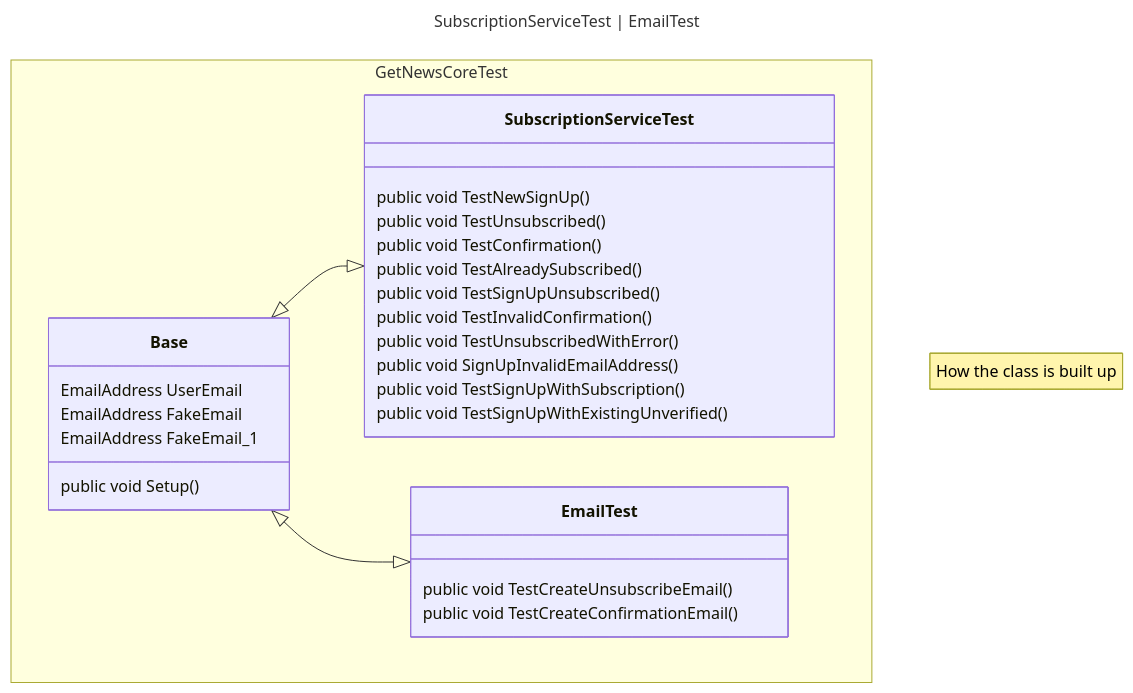
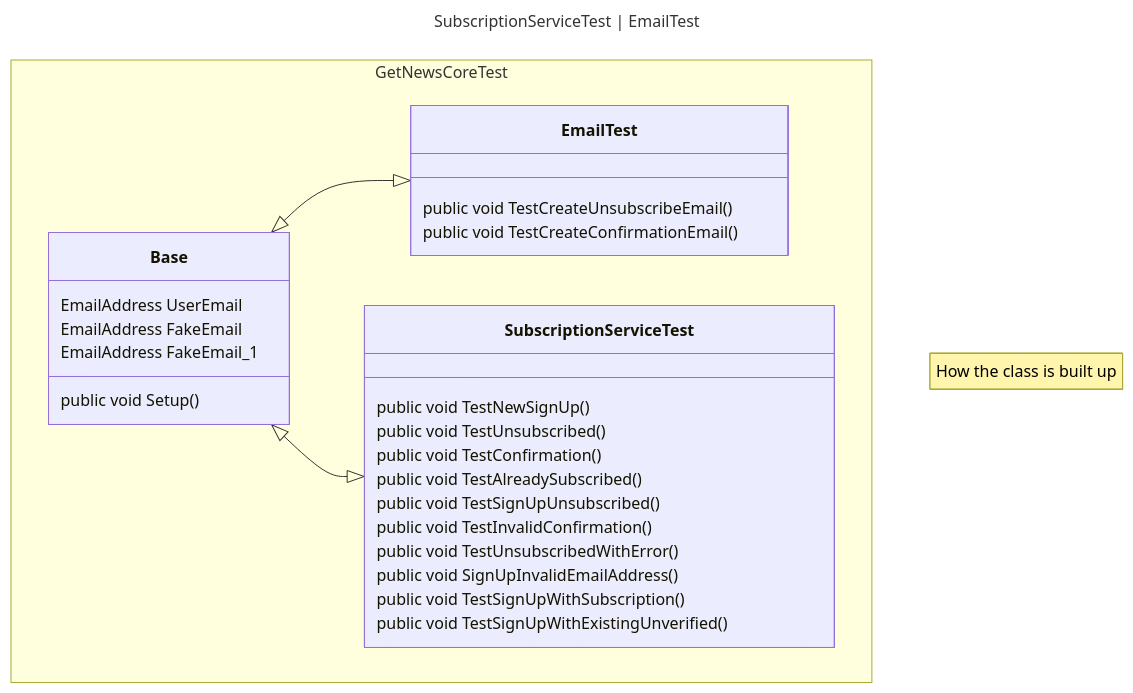
One commit to Emsaso/GetNews changed the first of 12 diagrams in model/TestModel.md. Above: the diagram before and after it, drawn with Mermaid.

````diff
--- a/model/TestModel.md
+++ b/model/TestModel.md
@@ -5,51 +5,49 @@
 ```mermaid
 ---
 title: SubscriptionServiceTest | EmailTest
 ---
 classDiagram
+    Base <|--|>  EmailTest
+    Base <|--|> SubscriptionServiceTest
+
     note "How the class is built up"
-    Base <|--|> SubscriptionServiceTest
-    Base <|--|>  EmailTest
     
     namespace GetNewsCoreTest{
 
         class Base {
             EmailAddress UserEmail
             EmailAddress FakeEmail
             EmailAddress FakeEmail_1
         
             public void Setup()
             }
-        
-        
+
         class SubscriptionServiceTest {
             %%EmailAddress UserEmail
             %%EmailAddress FakeEmail
             %%EmailAddress FakeEmail_1
         
             %%public void Setup()
             public void TestNewSignUp()
             public void TestUnsubscribed()
             public void TestConfirmation()
             public void TestAlreadySubscribed()
             public void TestSignUpUnsubscribed()
             public void TestInvalidConfirmation()
             public void TestUnsubscribedWithError()
             public void SignUpInvalidEmailAddress()
             public void TestSignUpWithSubscription()
             public void TestSignUpWithExistingUnverified()  
         }
 
         class EmailTest{
             %%EmailAddress UserEmail
             %%EmailAddress FakeEmail
             %%EmailAddress FakeEmail_1
         
             %%public void Setup()
             public void TestCreateUnsubscribeEmail()
             public void TestCreateConfirmationEmail()
         }
     }
-
-
 ```
````
